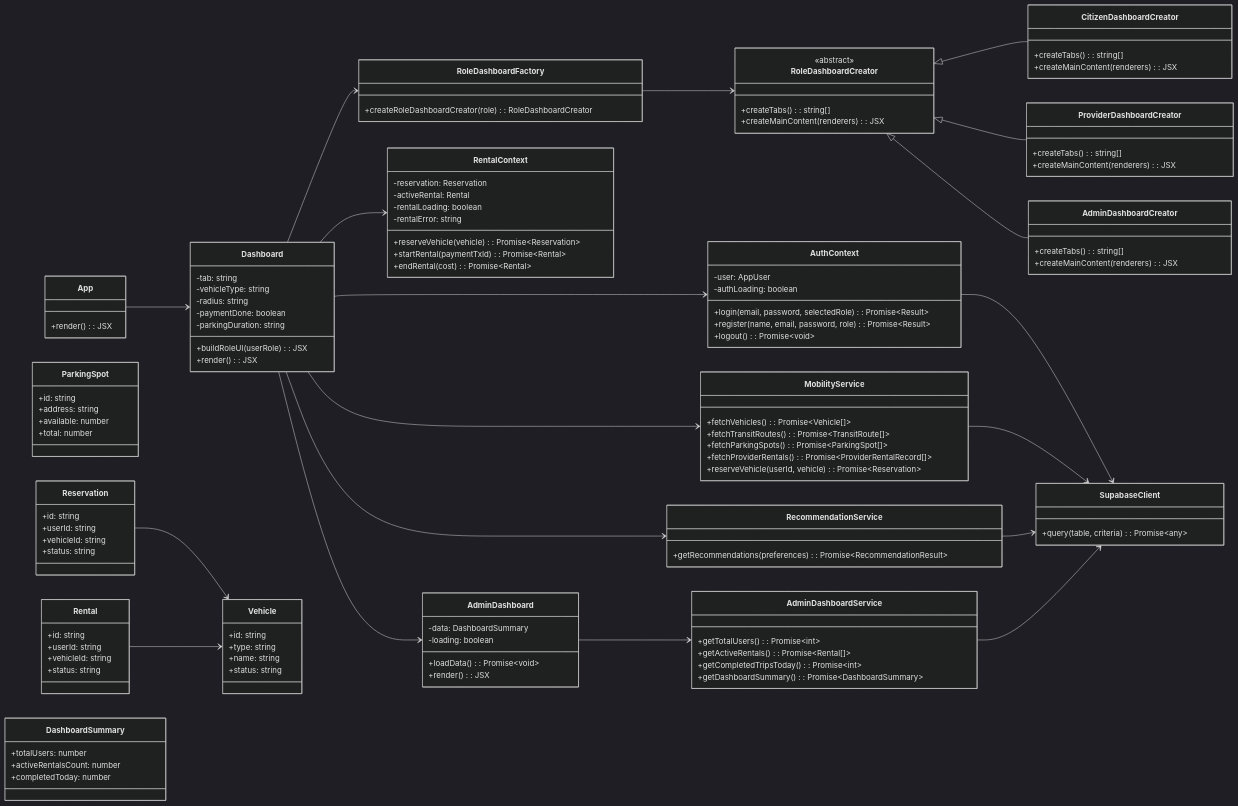
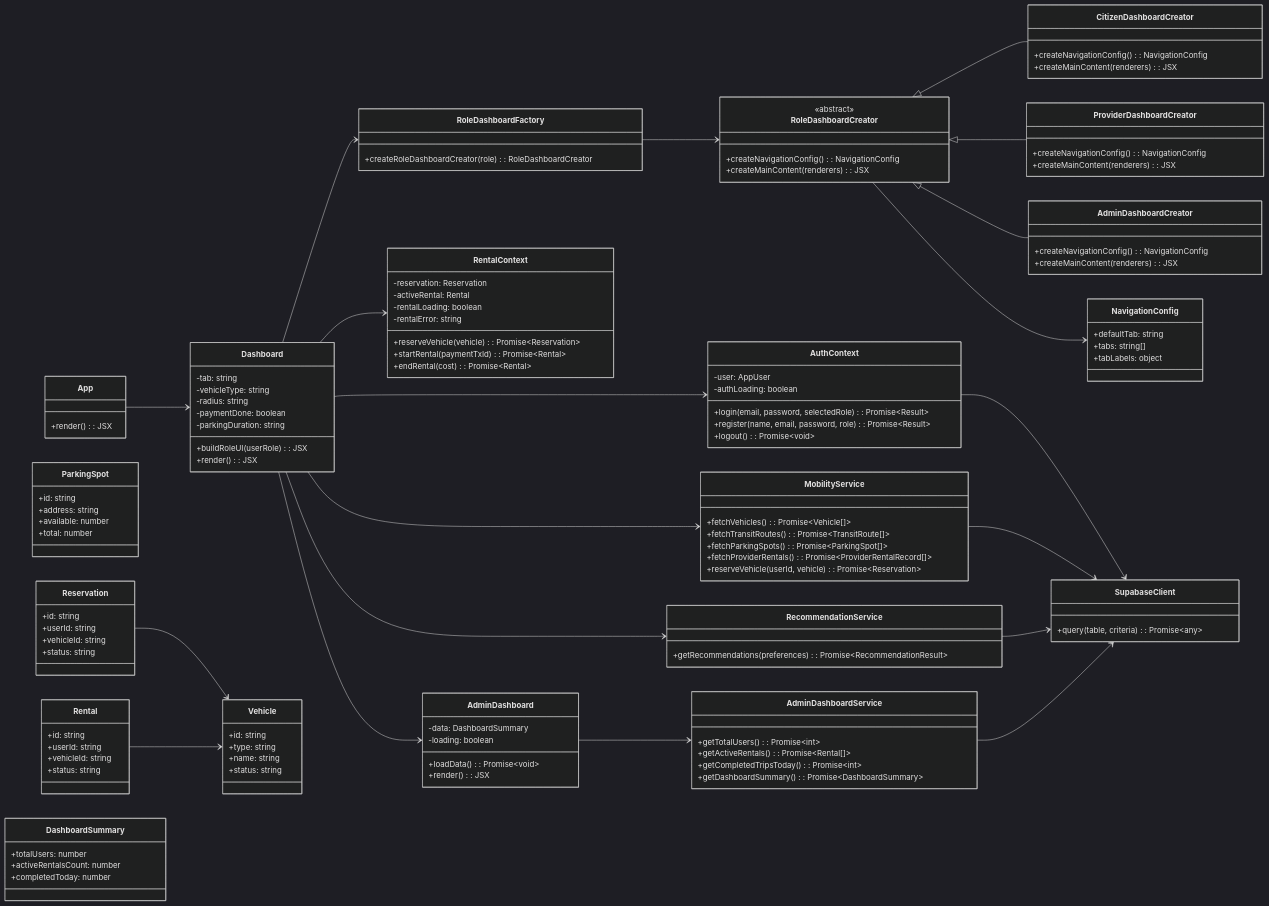
The diagram in docs/diagrams/Class diagram/class-diagram (full program - factory only).mmd (Kevin7582/Soen343-Project), drawn with Mermaid (dark theme) before and after one commit. The commit also changed 5 other files, not shown here.

Commit message:
refactor: update RoleDashboardCreator classes to use createNavigationConfig method and introduce NavigationConfig class for improved tab management

```diff
--- a/docs/diagrams/Class diagram/class-diagram (full program - factory only).mmd
+++ b/docs/diagrams/Class diagram/class-diagram (full program - factory only).mmd
@@ -1,145 +1,152 @@
 classDiagram
 direction LR
 
 class App {
   +render(): JSX
 }
 
 class Dashboard {
   -tab: string
   -vehicleType: string
   -radius: string
   -paymentDone: boolean
   -parkingDuration: string
   +buildRoleUI(userRole): JSX
   +render(): JSX
 }
 
 class RoleDashboardCreator {
   <<abstract>>
-  +createTabs(): string[]
+  +createNavigationConfig(): NavigationConfig
   +createMainContent(renderers): JSX
 }
 
 class CitizenDashboardCreator {
-  +createTabs(): string[]
+  +createNavigationConfig(): NavigationConfig
   +createMainContent(renderers): JSX
 }
 
 class ProviderDashboardCreator {
-  +createTabs(): string[]
+  +createNavigationConfig(): NavigationConfig
   +createMainContent(renderers): JSX
 }
 
 class AdminDashboardCreator {
-  +createTabs(): string[]
+  +createNavigationConfig(): NavigationConfig
   +createMainContent(renderers): JSX
 }
 
 class RoleDashboardFactory {
   +createRoleDashboardCreator(role): RoleDashboardCreator
+}
+
+class NavigationConfig {
+  +defaultTab: string
+  +tabs: string[]
+  +tabLabels: object
 }
 
 class AuthContext {
   -user: AppUser
   -authLoading: boolean
   +login(email, password, selectedRole): Promise~Result~
   +register(name, email, password, role): Promise~Result~
   +logout(): Promise~void~
 }
 
 class RentalContext {
   -reservation: Reservation
   -activeRental: Rental
   -rentalLoading: boolean
   -rentalError: string
   +reserveVehicle(vehicle): Promise~Reservation~
   +startRental(paymentTxId): Promise~Rental~
   +endRental(cost): Promise~Rental~
 }
 
 class MobilityService {
   +fetchVehicles(): Promise~Vehicle[]~
   +fetchTransitRoutes(): Promise~TransitRoute[]~
   +fetchParkingSpots(): Promise~ParkingSpot[]~
   +fetchProviderRentals(): Promise~ProviderRentalRecord[]~
   +reserveVehicle(userId, vehicle): Promise~Reservation~
 }
 
 class RecommendationService {
   +getRecommendations(preferences): Promise~RecommendationResult~
 }
 
 class AdminDashboardService {
   +getTotalUsers(): Promise~int~
   +getActiveRentals(): Promise~Rental[]~
   +getCompletedTripsToday(): Promise~int~
   +getDashboardSummary(): Promise~DashboardSummary~
 }
 
 class AdminDashboard {
   -data: DashboardSummary
   -loading: boolean
   +loadData(): Promise~void~
   +render(): JSX
 }
 
 class SupabaseClient {
   +query(table, criteria): Promise~any~
 }
 
 class Vehicle {
   +id: string
   +type: string
   +name: string
   +status: string
 }
 
 class ParkingSpot {
   +id: string
   +address: string
   +available: number
   +total: number
 }
 
 class Reservation {
   +id: string
   +userId: string
   +vehicleId: string
   +status: string
 }
 
 class Rental {
   +id: string
   +userId: string
   +vehicleId: string
   +status: string
 }
 
 class DashboardSummary {
   +totalUsers: number
   +activeRentalsCount: number
   +completedToday: number
 }
 
 App --> Dashboard
 Dashboard --> RoleDashboardFactory
 RoleDashboardFactory --> RoleDashboardCreator
 RoleDashboardCreator <|-- CitizenDashboardCreator
 RoleDashboardCreator <|-- ProviderDashboardCreator
 RoleDashboardCreator <|-- AdminDashboardCreator
+RoleDashboardCreator --> NavigationConfig
 
 Dashboard --> AuthContext
 Dashboard --> RentalContext
 Dashboard --> MobilityService
 Dashboard --> RecommendationService
 Dashboard --> AdminDashboard
 AdminDashboard --> AdminDashboardService
 
 AuthContext --> SupabaseClient
 MobilityService --> SupabaseClient
 RecommendationService --> SupabaseClient
 AdminDashboardService --> SupabaseClient
 
 Reservation --> Vehicle
 Rental --> Vehicle
```
